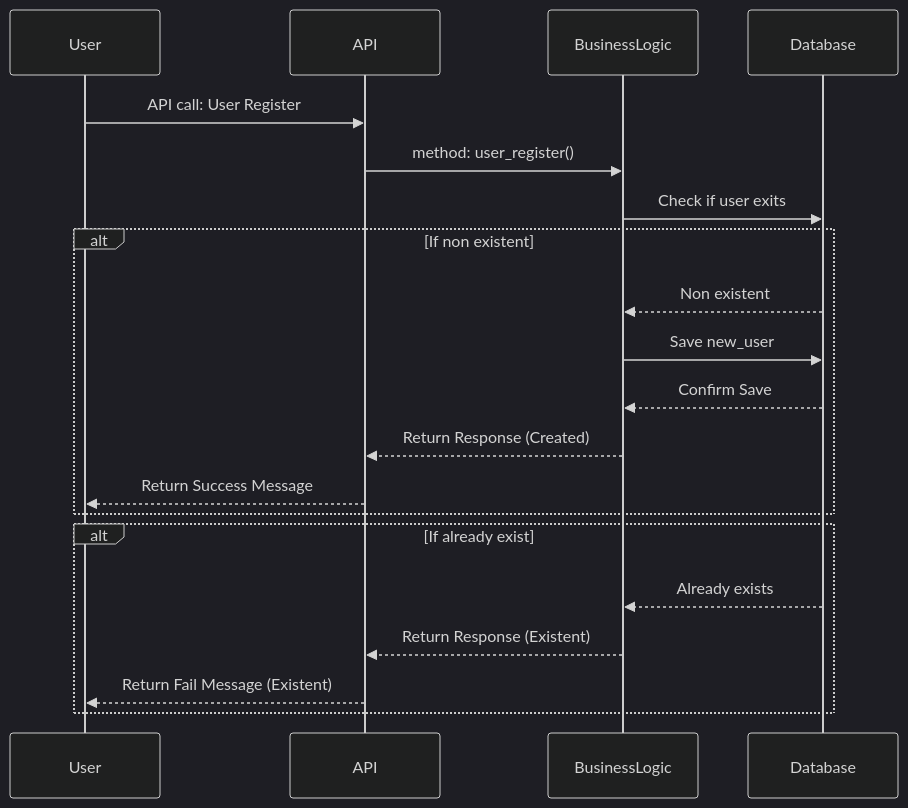
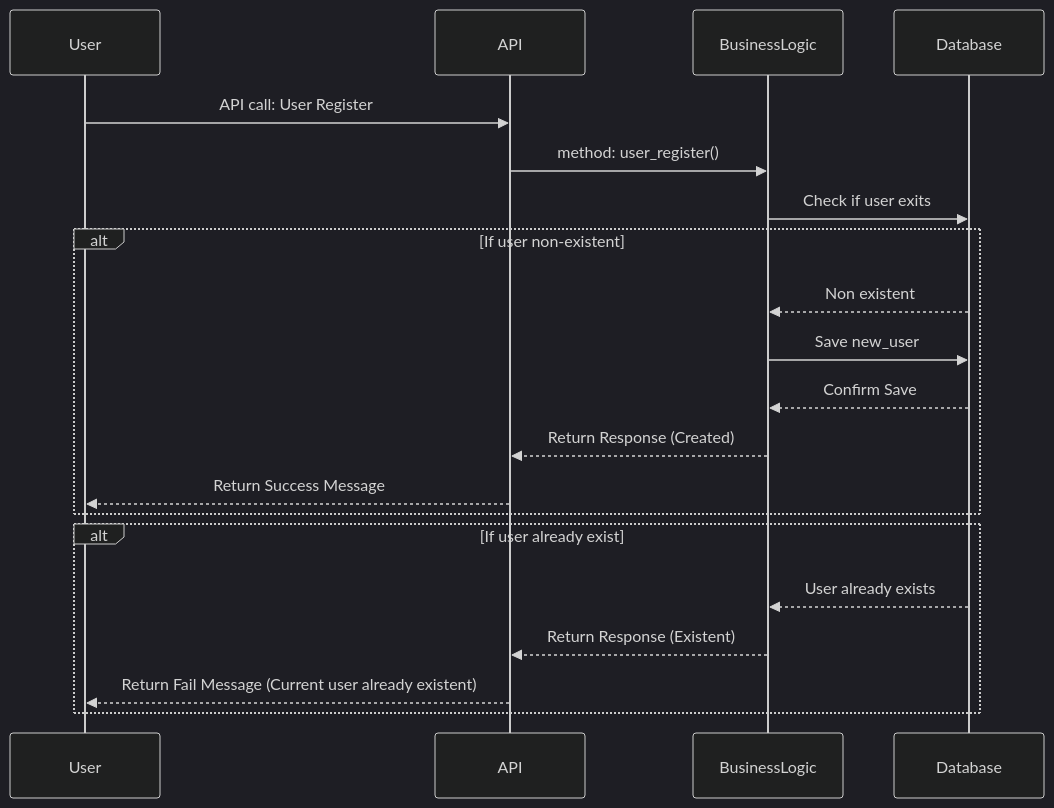
Before and after one commit to vlldnt/holbertonschool-hbnb: the diagram in part1/2-user_sequence_diagram.md, drawn with Mermaid (dark theme). The commit also changed 1 other file, not shown here.

Commit message:
gitignore

````diff
--- a/part1/2-user_sequence_diagram.md
+++ b/part1/2-user_sequence_diagram.md
@@ -1,24 +1,24 @@
 ```mermaid
 sequenceDiagram
 participant User
 participant API
 participant BusinessLogic
 participant Database
 
 User->>API: API call: User Register
 API->>BusinessLogic: method: user_register()
 BusinessLogic->>Database: Check if user exits
-alt If non existent
+alt If user non-existent
 Database-->>BusinessLogic: Non existent
 BusinessLogic->>Database: Save new_user
 Database-->>BusinessLogic: Confirm Save
 BusinessLogic-->>API: Return Response (Created)
 API-->>User: Return Success Message
 end
-alt If already exist
+alt If user already exist
 
-Database-->>BusinessLogic: Already exists
+Database-->>BusinessLogic: User already exists
 BusinessLogic-->>API: Return Response (Existent)
-API-->>User: Return Fail Message (Existent)
+API-->>User: Return Fail Message (Current user already existent)
 end
 ```
````
